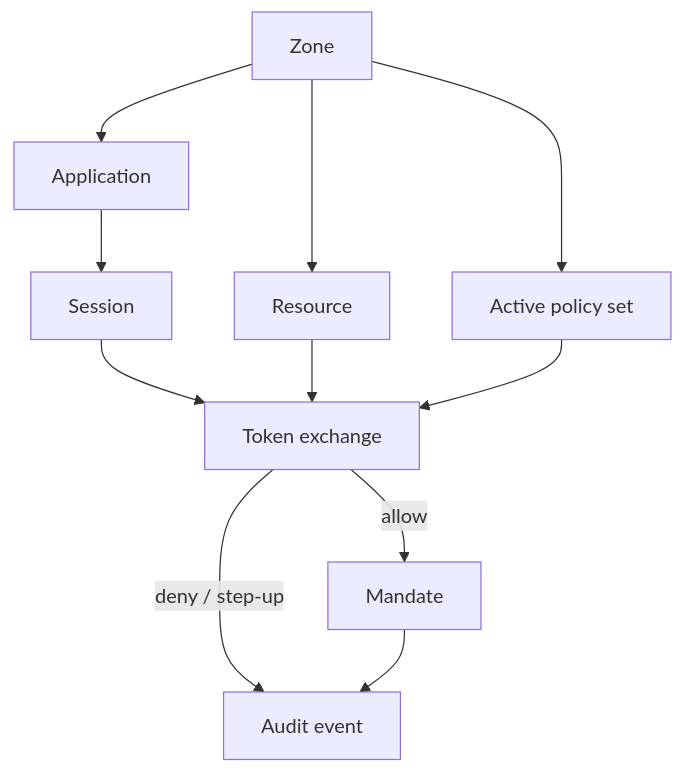
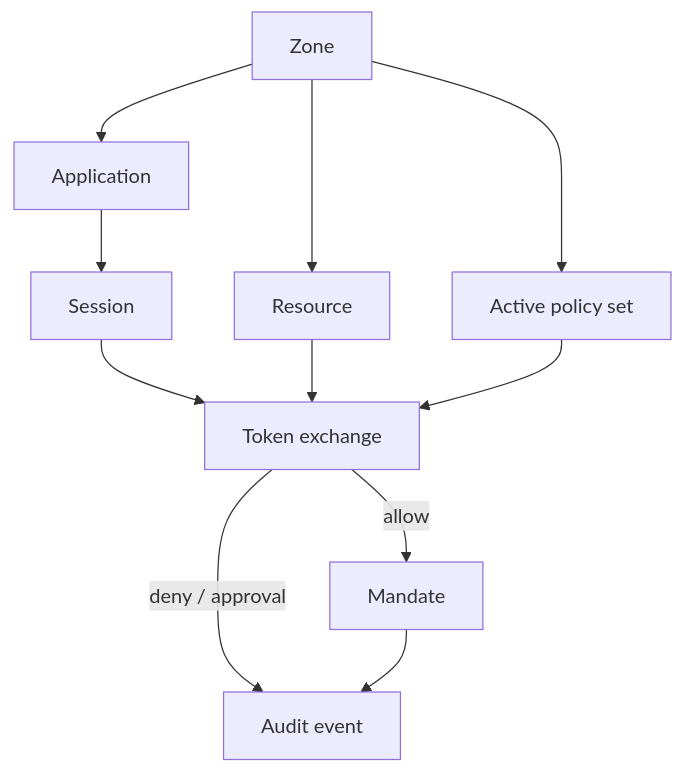
One commit to Garudex-Labs/caracal changed the diagram in docs/src/content/docs/concepts/model-overview.mdx. Above: the diagram before and after it, drawn with Mermaid. The commit also changed other lines of this file and 8 other files, not shown here.

````diff
--- a/docs/src/content/docs/concepts/model-overview.mdx
+++ b/docs/src/content/docs/concepts/model-overview.mdx
@@ -12,13 +12,13 @@
 ```mermaid
 flowchart TD
   Zone["Zone"] --> App["Application"]
   Zone --> Resource["Resource"]
   Zone --> PolicySet["Active policy set"]
   App --> Session["Session"]
   Session --> Exchange["Token exchange"]
   Resource --> Exchange
   PolicySet --> Exchange
   Exchange -->|"allow"| Mandate["Mandate"]
-  Exchange -->|"deny / step-up"| Audit["Audit event"]
+  Exchange -->|"deny / approval"| Audit["Audit event"]
   Mandate --> Audit
 ```
````
